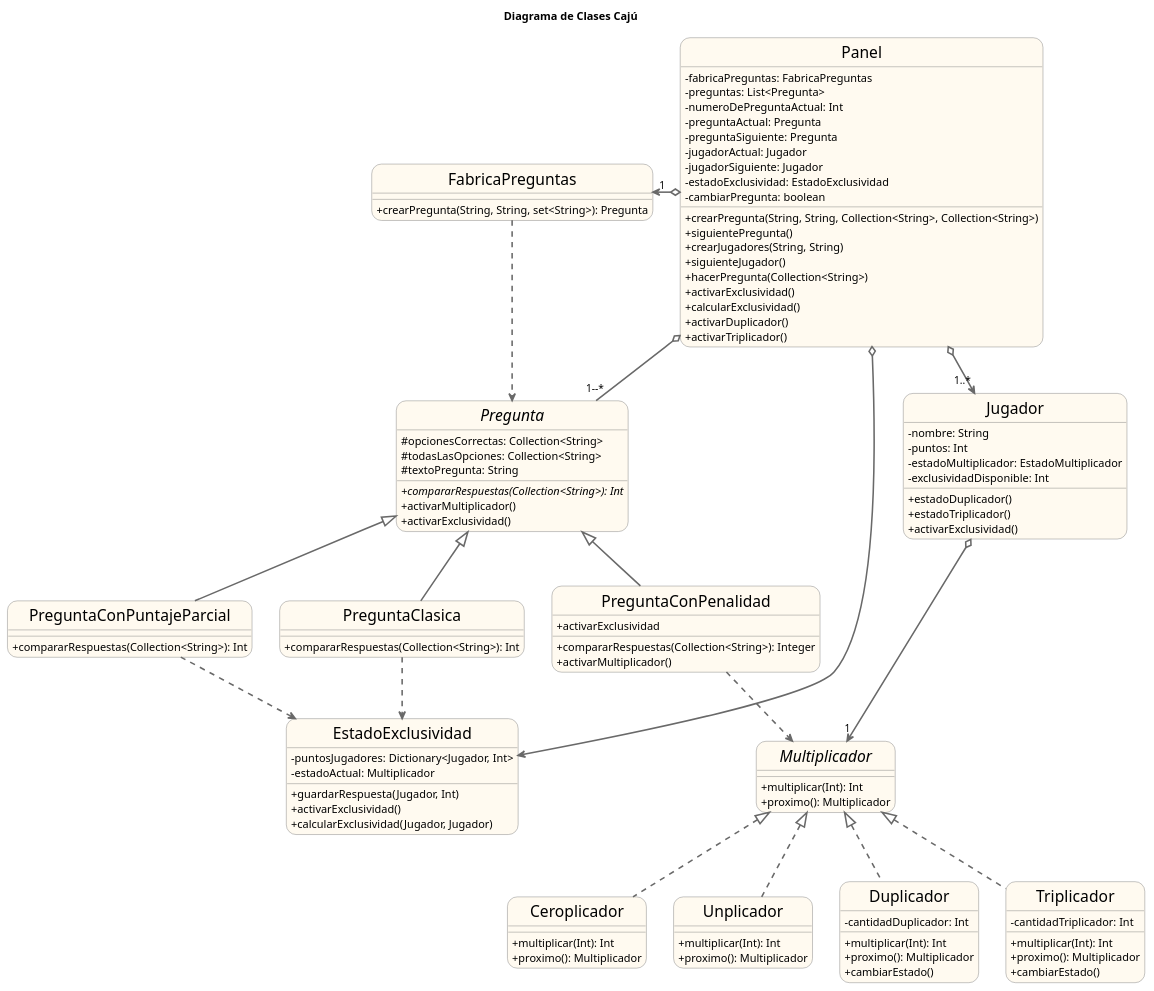
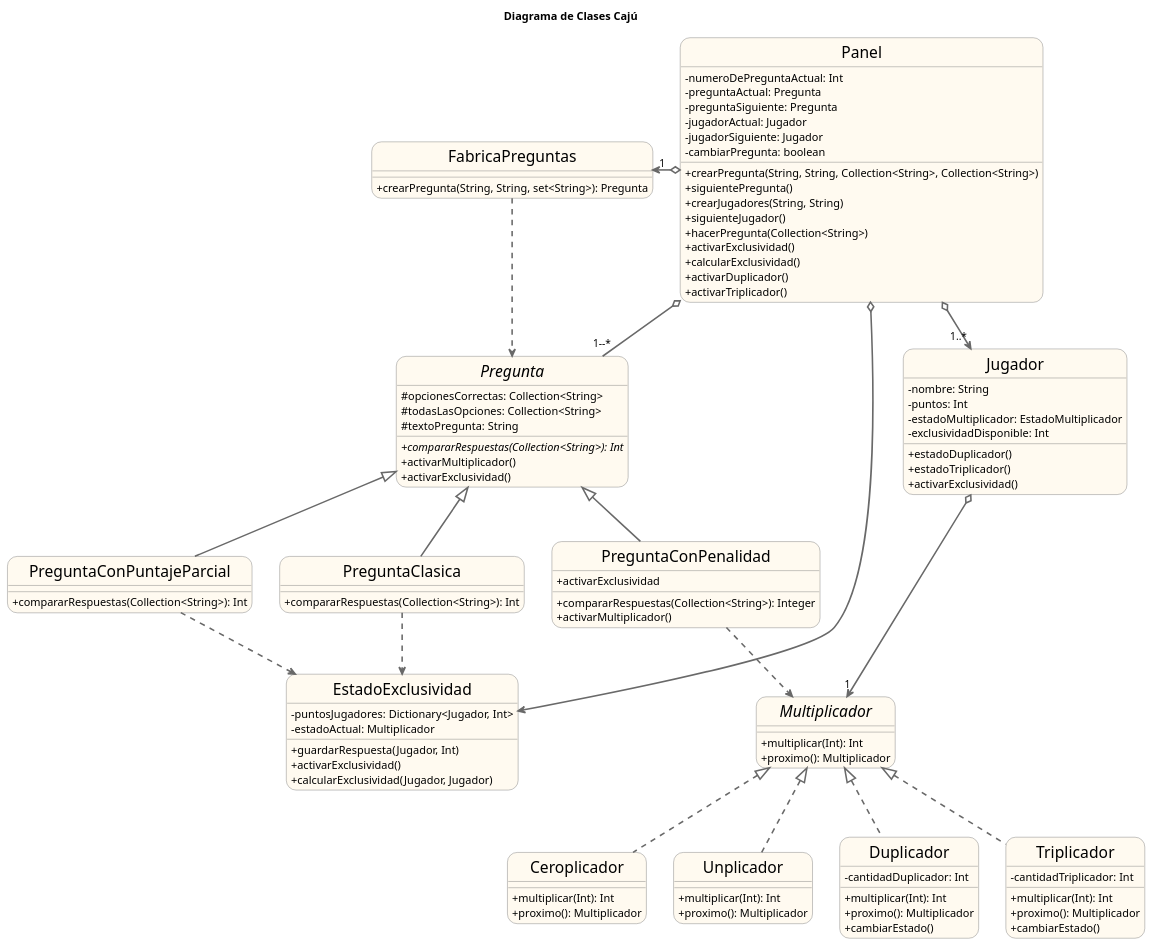
The diagram in UML/Diagrama de clases/DiagramaDeClases.puml (fvazquezf/TP_2_Algo_3), drawn with PlantUML before and after one commit.

Commit message:
Saco algunos atributos de Pregunta

```diff
--- a/UML/Diagrama de clases/DiagramaDeClases.puml
+++ b/UML/Diagrama de clases/DiagramaDeClases.puml
@@ -1,136 +1,133 @@
 @startuml TP2
 
 title Diagrama de Clases Cajú
 
 hide circle
 skinparam classAttributeIconSize 0
 skinparam roundcorner 25
 skinparam sequenceArrowThickness 2
 skinparam classFontSize 20
 
 skinparam class {
 BackgroundColor FloralWhite
 ArrowColor DimGray
 BorderColor DimGray
 }
 
 class Panel{
-       - fabricaPreguntas: FabricaPreguntas
-       - preguntas: List<Pregunta>
        - numeroDePreguntaActual: Int
        - preguntaActual: Pregunta
        - preguntaSiguiente: Pregunta
        - jugadorActual: Jugador
        - jugadorSiguiente: Jugador
-       - estadoExclusividad: EstadoExclusividad
        - cambiarPregunta: boolean
 
        + crearPregunta(String, String, Collection<String>, Collection<String>)
        + siguientePregunta()
        + crearJugadores(String, String)
        + siguienteJugador()
        + hacerPregunta(Collection<String>)
        + activarExclusividad()
        + calcularExclusividad()
        + activarDuplicador()
        + activarTriplicador()
 }
 
 class EstadoExclusividad{
        - puntosJugadores: Dictionary<Jugador, Int>
        - estadoActual: Multiplicador
 
        + guardarRespuesta(Jugador, Int)
        + activarExclusividad()
        + calcularExclusividad(Jugador, Jugador)
 }
 
 
 class FabricaPreguntas{
        + crearPregunta(String, String, set<String>): Pregunta
 }
 
 class Jugador{
         - nombre: String
         - puntos: Int
         - estadoMultiplicador: EstadoMultiplicador
         - exclusividadDisponible: Int
 
         + estadoDuplicador()
         + estadoTriplicador()
         + activarExclusividad()
 }
 
 abstract class Pregunta{
         # opcionesCorrectas: Collection<String>
         # todasLasOpciones: Collection<String>
         # textoPregunta: String
 
         + {abstract}compararRespuestas(Collection<String>): Int
         + activarMultiplicador()
         + activarExclusividad()
 }
 
 class PreguntaClasica{
         + compararRespuestas(Collection<String>): Int
 }
 
 class PreguntaConPenalidad{
         + compararRespuestas(Collection<String>): Integer
         + activarMultiplicador()
         + activarExclusividad
 }
 
 class PreguntaConPuntajeParcial{
         + compararRespuestas(Collection<String>): Int
 }
 
 interface Multiplicador{
         + multiplicar(Int): Int
         + proximo(): Multiplicador
 }
 
 class Ceroplicador{
         + multiplicar(Int): Int
         + proximo(): Multiplicador
 }
 
 class Unplicador{
         + multiplicar(Int): Int
         + proximo(): Multiplicador
 }
 
 class Duplicador{
         - cantidadDuplicador: Int
 
         + multiplicar(Int): Int
         + proximo(): Multiplicador
         + cambiarEstado()
 }
 
 class Triplicador{
         - cantidadTriplicador: Int
 
         + multiplicar(Int): Int
         + proximo(): Multiplicador
         + cambiarEstado()
 }
 
 Panel o-->"1..*" Jugador
 Panel o--"1--*" Pregunta
 Panel o-left->"1" FabricaPreguntas
 Panel o--> EstadoExclusividad
 FabricaPreguntas ..> Pregunta
 PreguntaClasica -up-|> Pregunta
 PreguntaConPenalidad -up-|> Pregunta
 PreguntaConPuntajeParcial -up-|> Pregunta
 Ceroplicador .up.|> Multiplicador
 Unplicador .up.|> Multiplicador
 Duplicador .up.|> Multiplicador
 Triplicador .up.|> Multiplicador
 Jugador o-->"1" Multiplicador
 PreguntaConPenalidad ..> Multiplicador
 PreguntaClasica ..> EstadoExclusividad
 PreguntaConPuntajeParcial ..> EstadoExclusividad
 
 @enduml
```
